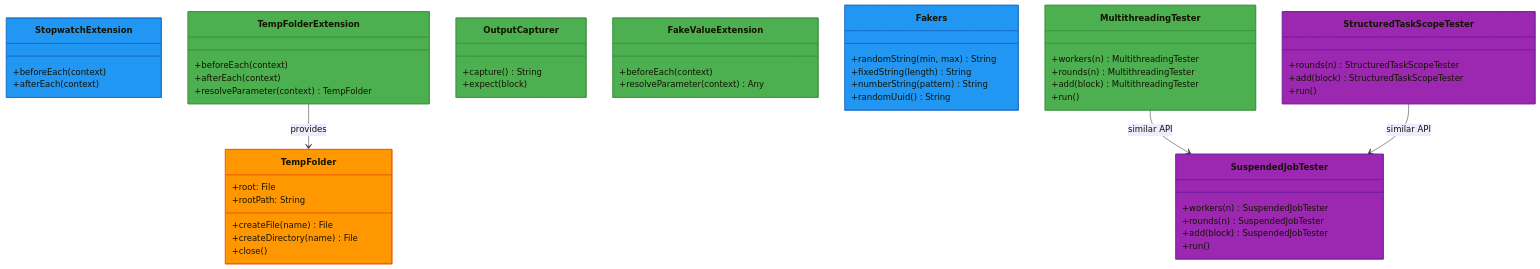
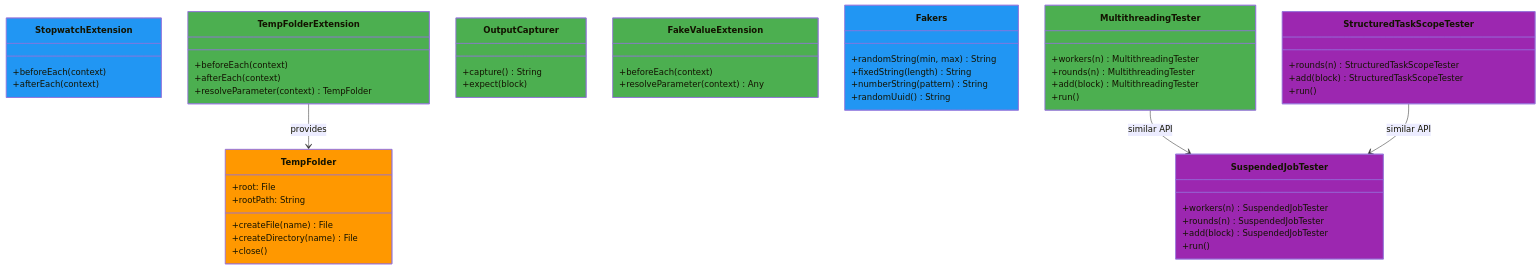
One commit to bluetape4k/bluetape4k-projects changed the second of 3 diagrams in testing/junit5/README.md. Above: the diagram before and after it, drawn with Mermaid. The commit also changed 94 other files, not shown here.

First line of the commit message:
docs: Mermaid classDef에서 stroke:#색상 제거 (파서 오류 수정)

````diff
--- a/testing/junit5/README.md
+++ b/testing/junit5/README.md
@@ -768,59 +768,59 @@
 ```mermaid
 classDiagram
     class StopwatchExtension:::utilStyle {
         +beforeEach(context)
         +afterEach(context)
     }
     class TempFolderExtension:::serviceStyle {
         +beforeEach(context)
         +afterEach(context)
         +resolveParameter(context) TempFolder
     }
     class TempFolder:::modelStyle {
         +root: File
         +rootPath: String
         +createFile(name) File
         +createDirectory(name) File
         +close()
     }
     class OutputCapturer:::serviceStyle {
         +capture() String
         +expect(block)
     }
     class FakeValueExtension:::serviceStyle {
         +beforeEach(context)
         +resolveParameter(context) Any
     }
     class Fakers:::utilStyle {
         +randomString(min, max) String
         +fixedString(length) String
         +numberString(pattern) String
         +randomUuid() String
     }
     class MultithreadingTester:::serviceStyle {
         +workers(n) MultithreadingTester
         +rounds(n) MultithreadingTester
         +add(block) MultithreadingTester
         +run()
     }
     class SuspendedJobTester:::asyncStyle {
         +workers(n) SuspendedJobTester
         +rounds(n) SuspendedJobTester
         +add(block) SuspendedJobTester
         +run()
     }
     class StructuredTaskScopeTester:::asyncStyle {
         +rounds(n) StructuredTaskScopeTester
         +add(block) StructuredTaskScopeTester
         +run()
     }
 
     TempFolderExtension --> TempFolder : provides
     MultithreadingTester --> SuspendedJobTester : similar API
     StructuredTaskScopeTester --> SuspendedJobTester : similar API
 
-    classDef utilStyle    fill:#2196F3,stroke:#1565C0
-    classDef serviceStyle fill:#4CAF50,stroke:#388E3C
-    classDef modelStyle   fill:#FF9800,stroke:#E65100
-    classDef asyncStyle   fill:#9C27B0,stroke:#6A1B9A
+    classDef utilStyle    fill:#2196F3
+    classDef serviceStyle fill:#4CAF50
+    classDef modelStyle   fill:#FF9800
+    classDef asyncStyle   fill:#9C27B0
 ```
````
